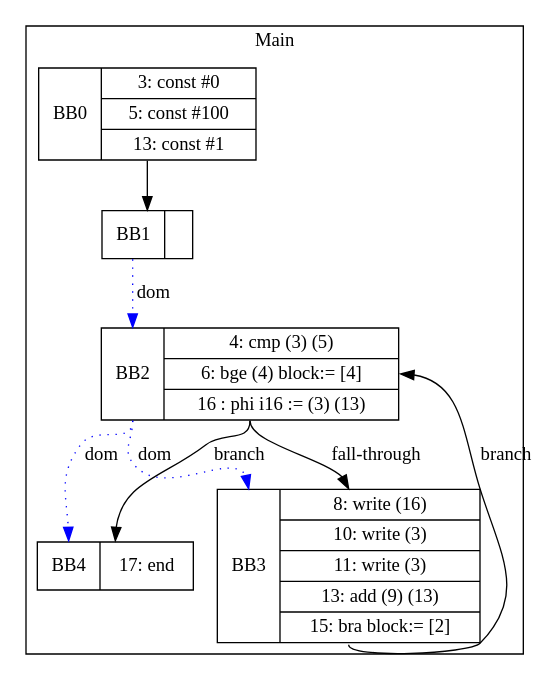
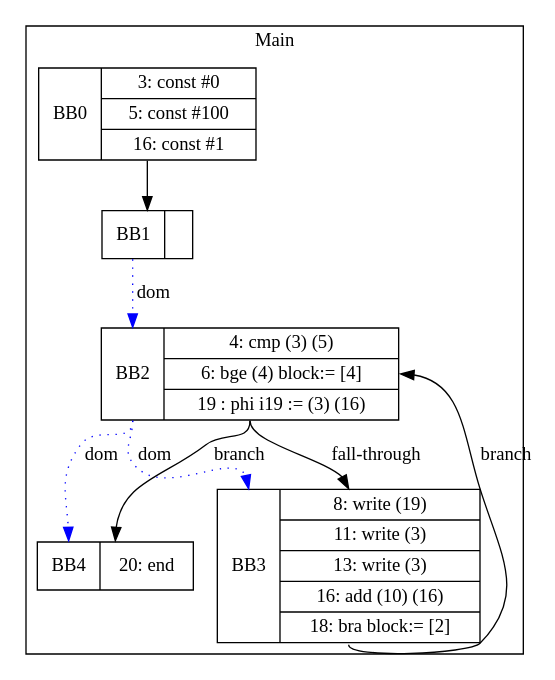
The diagram in visualization/phillip/copyPropagationWithLoopPhis/midBlockUpdate.gv (zjc664656505/UCI-CS241-Advanced-Compiler-main), drawn with Graphviz before and after one commit. The commit also changed 55 other files, not shown here.

```diff
--- a/visualization/phillip/copyPropagationWithLoopPhis/midBlockUpdate.gv
+++ b/visualization/phillip/copyPropagationWithLoopPhis/midBlockUpdate.gv
@@ -1,18 +1,18 @@
 digraph G {
 node [shape=record];
 subgraph cluster_main{
 label = "Main";
-BB0 [shape=record, label="<b>BB0|{3: const #0|5: const #100|13: const #1}"];
+BB0 [shape=record, label="<b>BB0|{3: const #0|5: const #100|16: const #1}"];
 BB1 [shape=record, label="<b>BB1|}"];
-BB2 [shape=record, label="<b>BB2|{4: cmp (3) (5)|6: bge (4) block:= [4]|16 : phi i16 := (3) (13)}"];
-BB3 [shape=record, label="<b>BB3|{8: write (16)|10: write (3)|11: write (3)|13: add (9) (13)|15: bra block:= [2]}"];
-BB4 [shape=record, label="<b>BB4|{17: end}"];
+BB2 [shape=record, label="<b>BB2|{4: cmp (3) (5)|6: bge (4) block:= [4]|19 : phi i19 := (3) (16)}"];
+BB3 [shape=record, label="<b>BB3|{8: write (19)|11: write (3)|13: write (3)|16: add (10) (16)|18: bra block:= [2]}"];
+BB4 [shape=record, label="<b>BB4|{20: end}"];
 }
 BB0:s -> BB1:n ;
 BB2:b -> BB3:b [color=blue, style=dotted, label="dom"];
 BB2:b -> BB4:b [color=blue, style=dotted, label="dom"];
 BB1:b -> BB2:b [color=blue, style=dotted, label="dom"];
 BB2:s -> BB4:n [label="branch"];
 BB3:s -> BB2:e [label="branch"];
 BB2:s -> BB3:n [label="fall-through"];
 }
```
